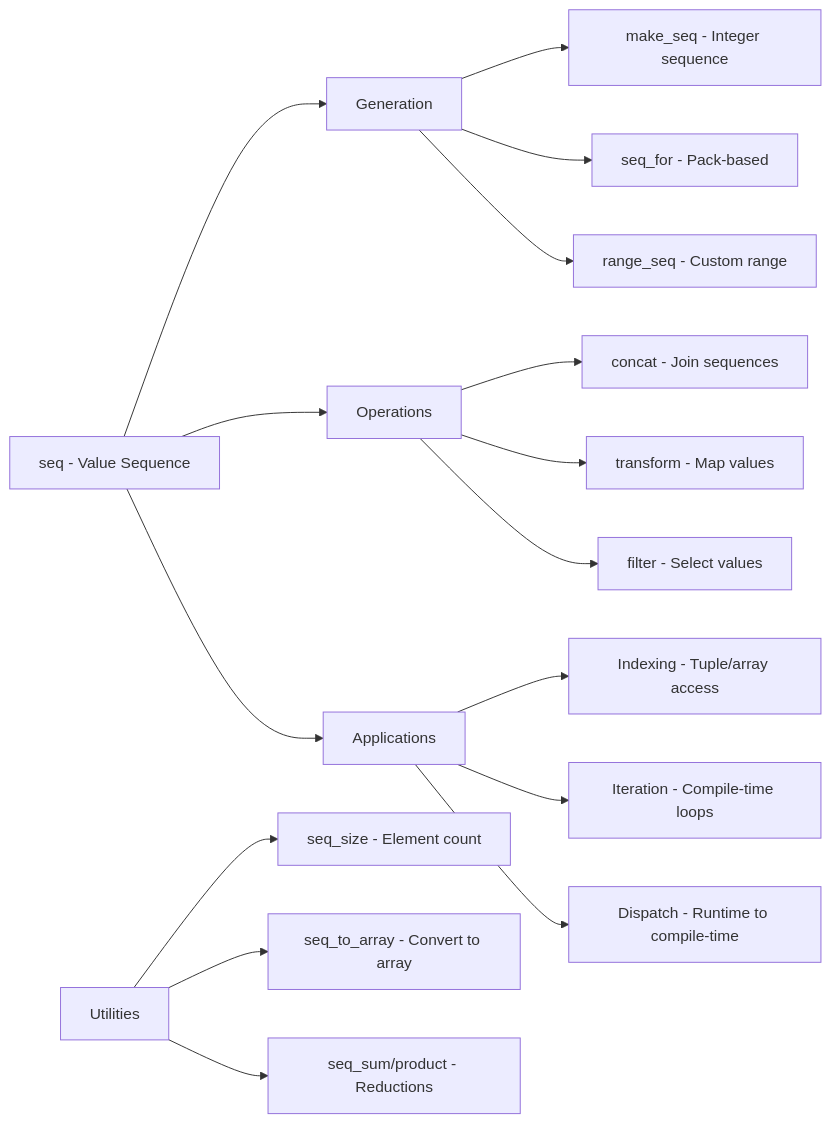
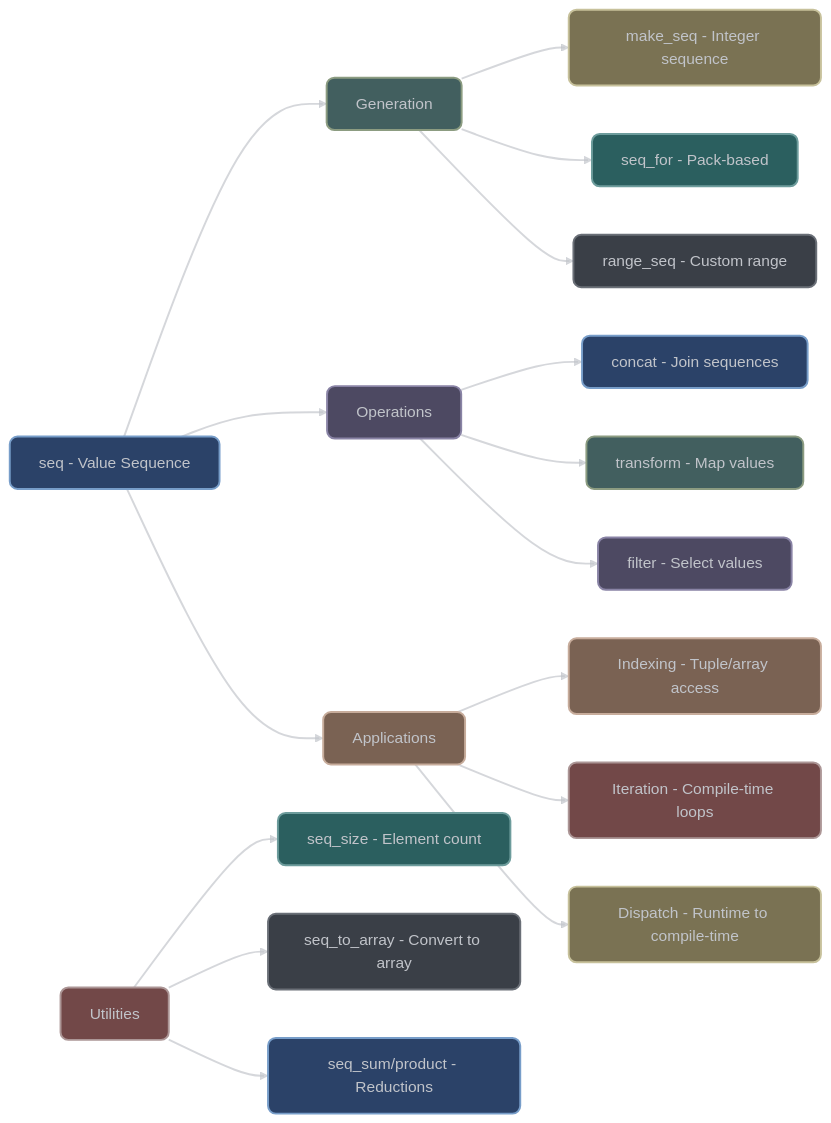
One commit to vorlac/xieite changed the diagram in docs/src/categories/meta/sequences.md. Above: the diagram before and after it, drawn with Mermaid. The commit also changed 44 other files, not shown here.

````diff
--- a/docs/src/categories/meta/sequences.md
+++ b/docs/src/categories/meta/sequences.md
@@ -402,22 +402,71 @@
 ```mermaid
+---
+config:
+    theme: 'base'
+    curve: 'straight'
+    themeVariables:
+        darkMode: true
+        clusterBkg: '#22272f62'
+        clusterBorder: '#6a6f77ff'
+        clusterTextColor: '#6a6f77ff'
+        lineColor: '#C1C4CAAA'
+        background: '#262B33'
+        primaryColor: '#2b4268ff'
+        primaryTextColor: '#C1C4CAff'
+        primaryBorderColor: '#6a6f77ff'
+        primaryLabelBkg: '#262B33'
+        secondaryColor: '#425f5fff'
+        secondaryBorderColor: '#8c9c81ff'
+        secondaryTextColor: '#C1C4CAff'
+        tertiaryColor: '#4d4962ff'
+        tertiaryBorderColor: '#8983a5ff'
+        tertiaryTextColor: '#eeeeee55'
+        nodeTextColor: '#C1C4CA'
+        defaultLinkColor: '#C1C4CA'
+        edgeLabelBackground: '#262B33'
+        edgeLabelBorderColor: '#C1C4CA'
+        labelTextColor: '#C1C4CA'
+        errorBkgColor: '#724848ff'
+        errorTextColor: '#C1C4CA'
+---
 graph LR
     A[seq - Value Sequence] --> B[Generation]
     A --> C[Operations]
     A --> D[Applications]
 
     B --> B1[make_seq - Integer sequence]
     B --> B2[seq_for - Pack-based]
     B --> B3[range_seq - Custom range]
 
     C --> C1[concat - Join sequences]
     C --> C2[transform - Map values]
     C --> C3[filter - Select values]
 
     D --> D1[Indexing - Tuple/array access]
     D --> D2[Iteration - Compile-time loops]
     D --> D3[Dispatch - Runtime to compile-time]
 
     E[Utilities] --> E1[seq_size - Element count]
     E --> E2[seq_to_array - Convert to array]
     E --> E3[seq_sum/product - Reductions]
+
+linkStyle default stroke:#C1C4CAaa,stroke-width:2px,color:#C1C4CAaa
+
+style A fill:#2b4268ff,stroke:#779DC9ff,stroke-width:2px,color:#C1C4CA,rx:8,ry:8
+style B fill:#425f5fff,stroke:#8c9c81ff,stroke-width:2px,color:#C1C4CA,rx:8,ry:8
+style C fill:#4d4962ff,stroke:#8983a5ff,stroke-width:2px,color:#C1C4CA,rx:8,ry:8
+style D fill:#7a6253ff,stroke:#c7ac9bff,stroke-width:2px,color:#C1C4CA,rx:8,ry:8
+style E fill:#724848ff,stroke:#ac9696ff,stroke-width:2px,color:#C1C4CA,rx:8,ry:8
+style B1 fill:#7a7253ff,stroke:#c7c19bff,stroke-width:2px,color:#C1C4CA,rx:8,ry:8
+style B2 fill:#2b5f5fff,stroke:#6d9c9cff,stroke-width:2px,color:#C1C4CA,rx:8,ry:8
+style B3 fill:#3a3f47ff,stroke:#6a6f77ff,stroke-width:2px,color:#C1C4CA,rx:8,ry:8
+style C1 fill:#2b4268ff,stroke:#779DC9ff,stroke-width:2px,color:#C1C4CA,rx:8,ry:8
+style C2 fill:#425f5fff,stroke:#8c9c81ff,stroke-width:2px,color:#C1C4CA,rx:8,ry:8
+style C3 fill:#4d4962ff,stroke:#8983a5ff,stroke-width:2px,color:#C1C4CA,rx:8,ry:8
+style D1 fill:#7a6253ff,stroke:#c7ac9bff,stroke-width:2px,color:#C1C4CA,rx:8,ry:8
+style D2 fill:#724848ff,stroke:#ac9696ff,stroke-width:2px,color:#C1C4CA,rx:8,ry:8
+style D3 fill:#7a7253ff,stroke:#c7c19bff,stroke-width:2px,color:#C1C4CA,rx:8,ry:8
+style E1 fill:#2b5f5fff,stroke:#6d9c9cff,stroke-width:2px,color:#C1C4CA,rx:8,ry:8
+style E2 fill:#3a3f47ff,stroke:#6a6f77ff,stroke-width:2px,color:#C1C4CA,rx:8,ry:8
+style E3 fill:#2b4268ff,stroke:#779DC9ff,stroke-width:2px,color:#C1C4CA,rx:8,ry:8
 ```
````
